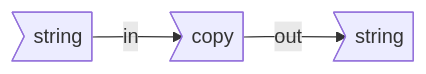
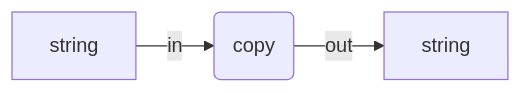
The first of 2 diagrams in _posts/2022-11-02-column-transformations-with-t-sql.md (Heinzad/heinzad.github.io), drawn with Mermaid before and after one commit. The commit also changed other lines of this file, not shown here.

Commit message:
Post 20221102 commit 1138

````diff
--- a/_posts/2022-11-02-column-transformations-with-t-sql.md
+++ b/_posts/2022-11-02-column-transformations-with-t-sql.md
@@ -44,5 +44,5 @@
 ```mermaid 
 graph LR; 
-A>string]-- in -->T>copy]; 
-T-- out -->B>string];
+A[string]-- in -->T(copy); 
+T-- out -->B[string];
 ``` 
````
